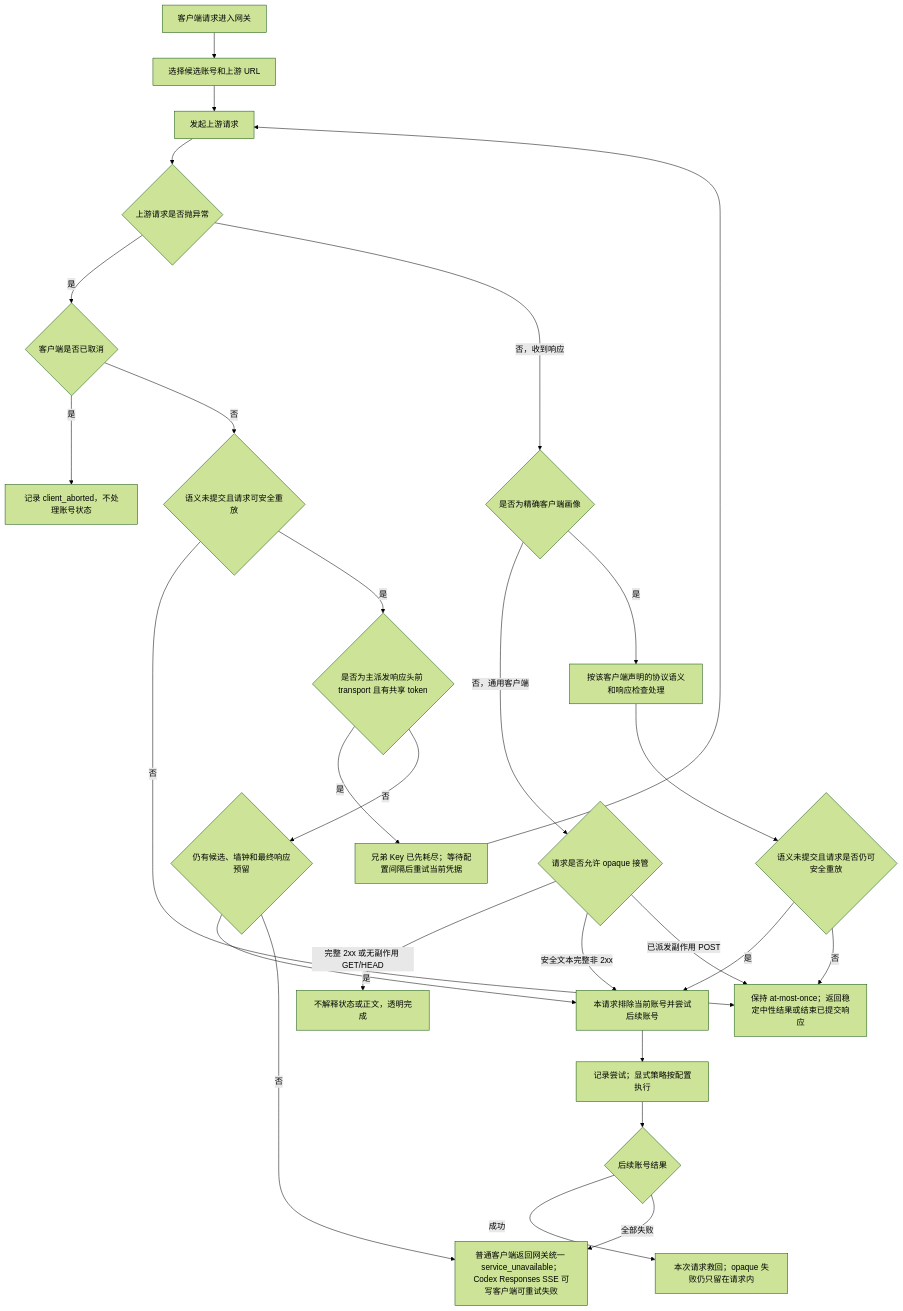
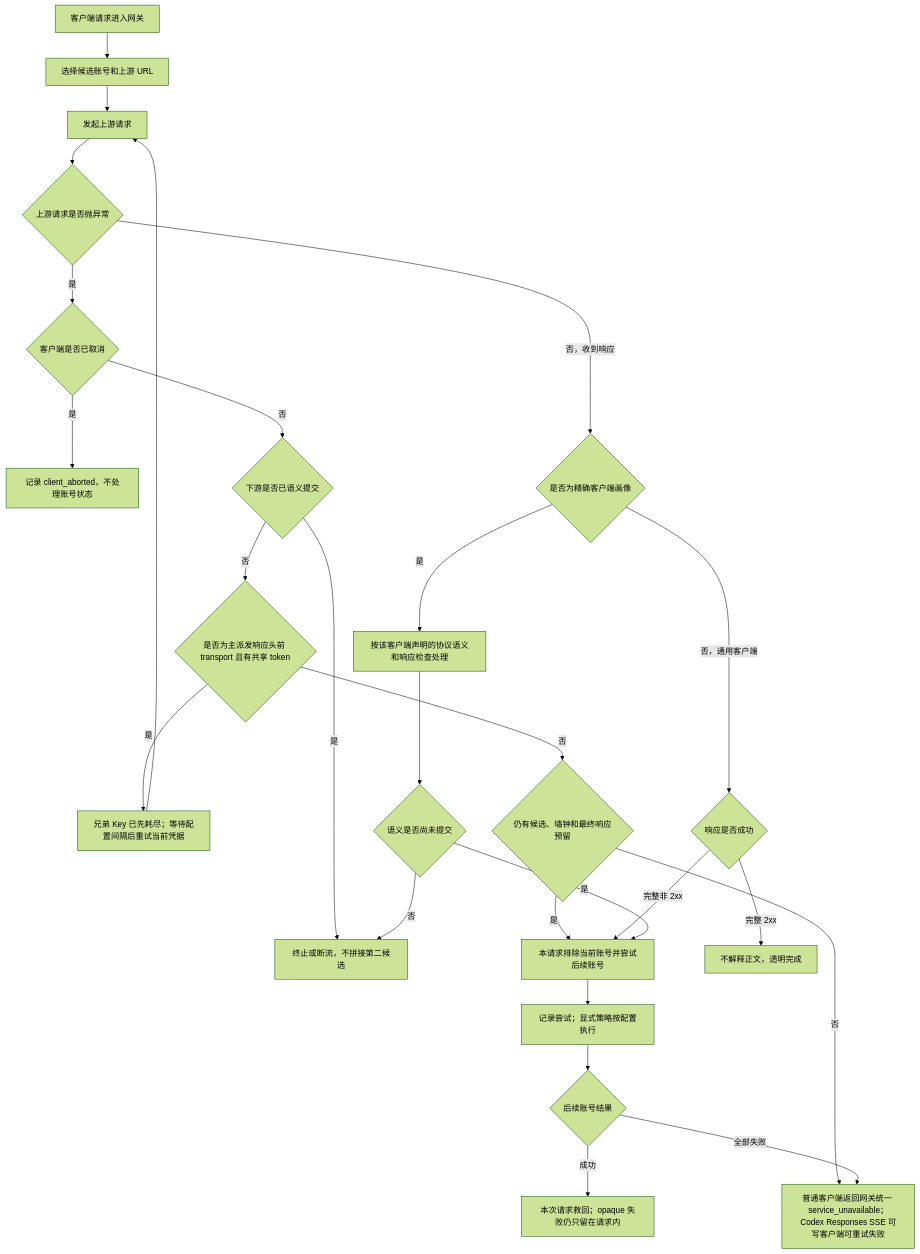
The first of 3 diagrams in docs/functions/网关异常重试与兜底策略.md (huanmin123/juhe-ai), drawn with Mermaid (forest theme) before and after one commit. The commit also changed other lines of this file and 109 other files, not shown here.

````diff
--- a/docs/functions/网关异常重试与兜底策略.md
+++ b/docs/functions/网关异常重试与兜底策略.md
@@ -58,30 +59,29 @@
 ```mermaid
 flowchart TD
   A["客户端请求进入网关"] --> B["选择候选账号和上游 URL"]
   B --> C["发起上游请求"]
   C --> D{"上游请求是否抛异常"}
   D -- "是" --> E{"客户端是否已取消"}
   E -- "是" --> F["记录 client_aborted，不处理账号状态"]
-  E -- "否" --> Q{"语义未提交且请求可安全重放"}
-  Q -- "否" --> S["保持 at-most-once 或已提交终止边界"]
-  Q -- "是" --> I{"是否为主派发响应头前 transport 且有共享 token"}
+  E -- "否" --> Q{"下游是否已语义提交"}
+  Q -- "是" --> S["终止或断流，不拼接第二候选"]
+  Q -- "否" --> I{"是否为主派发响应头前 transport 且有共享 token"}
   I -- "是" --> I1["兄弟 Key 已先耗尽；等待配置间隔后重试当前凭据"]
   I -- "否" --> I2{"仍有候选、墙钟和最终响应预留"}
   I2 -- "是" --> X
   I2 -- "否" --> W
 
   D -- "否，收到响应" --> J{"是否为精确客户端画像"}
-  J -- "否，通用客户端" --> G{"请求是否允许 opaque 接管"}
-  G -- "完整 2xx 或无副作用 GET/HEAD" --> K["不解释状态或正文，透明完成"]
-  G -- "安全文本完整非 2xx" --> X["只在本请求排除当前 Key/账号并尝试后续候选"]
-  G -- "已派发副作用 POST" --> S["保持 at-most-once；返回稳定中性结果或结束已提交响应"]
+  J -- "否，通用客户端" --> G{"响应是否成功"}
+  G -- "完整 2xx" --> K["不解释正文，透明完成"]
+  G -- "完整非 2xx" --> X["只在本请求排除当前 Key/账号并尝试后续候选"]
   J -- "是" --> L["按该客户端声明的协议语义和响应检查处理"]
-  L --> R{"语义未提交且请求是否仍可安全重放"}
+  L --> R{"语义是否尚未提交"}
   R -- "是" --> X["本请求排除当前账号并尝试后续账号"]
   R -- "否" --> S
   X --> P["记录尝试；显式策略按配置执行"]
   P --> T{"后续账号结果"}
   I1 --> C
   T -- "成功" --> U["本次请求救回；opaque 失败仍只留在请求内"]
   T -- "全部失败" --> W["普通客户端返回网关统一 service_unavailable；Codex Responses SSE 可写客户端可重试失败"]
 ```
````
